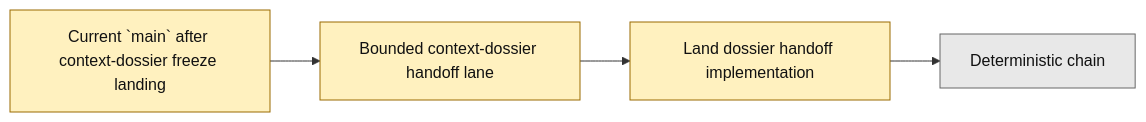
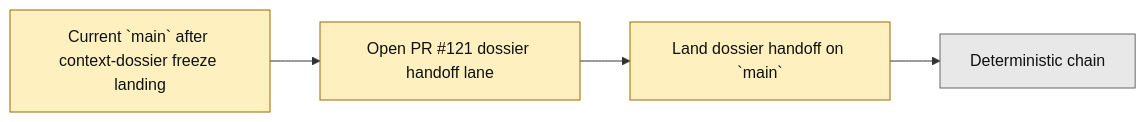
Before and after one commit to benjmcd/project6_REPO_MCP_FOLDER: the second of 2 diagrams in next_milestone_plans/layer3_progress_board.md, drawn with Mermaid. The commit also changed other lines of this file and 8 other files, not shown here.

Commit message:
docs(layer3): mark dossier handoff lane open

````diff
--- a/next_milestone_plans/layer3_progress_board.md
+++ b/next_milestone_plans/layer3_progress_board.md
@@ -131,12 +134,12 @@
 ```mermaid
 flowchart LR
-    A["Current `main` after context-dossier freeze landing"] --> B["Bounded context-dossier handoff lane"]
-    B --> C["Land dossier handoff implementation"]
+    A["Current `main` after context-dossier freeze landing"] --> B["Open PR #121 dossier handoff lane"]
+    B --> C["Land dossier handoff on `main`"]
     C --> D["Deterministic chain"]
 
     classDef next fill:#fff1bf,stroke:#9a6b00,color:#111;
     classDef future fill:#e8e8e8,stroke:#666,color:#111;
 
     class A,B,C next;
     class D future;
 ```
````
